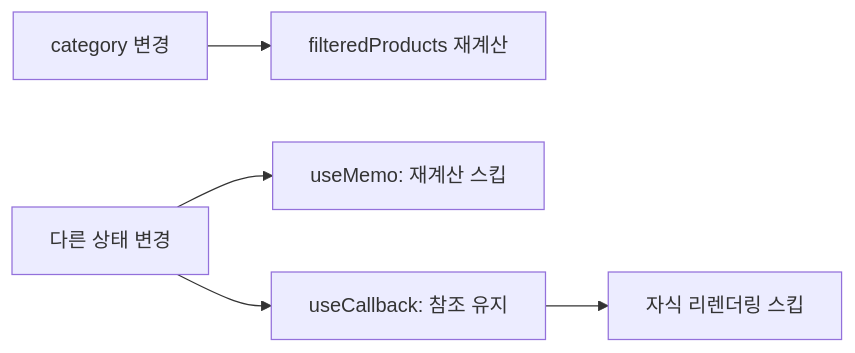
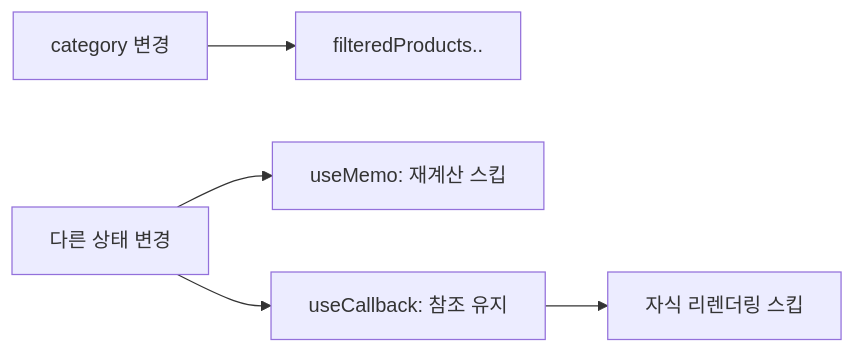
One commit to yjkim2015/yjkim2015.github.io changed the second of 5 diagrams in _posts/frontend/2026-05-02-react-performance.md. Above: the diagram before and after it, drawn with Mermaid. The commit also changed other lines of this file and 149 other files, not shown here.

First line of the commit message:
Mermaid 가독성 개선: 라벨 축약, 노드 축소, TD→LR 변환

````diff
--- a/_posts/frontend/2026-05-02-react-performance.md
+++ b/_posts/frontend/2026-05-02-react-performance.md
@@ -132,7 +132,7 @@
 ```mermaid
 graph LR
-    A["category 변경"] --> B["filteredProducts 재계산"]
+    A["category 변경"] --> B["filteredProducts.."]
     C["다른 상태 변경"] --> D["useMemo: 재계산 스킵"]
     C --> E["useCallback: 참조 유지"]
     E --> F["자식 리렌더링 스킵"]
 ```
````
